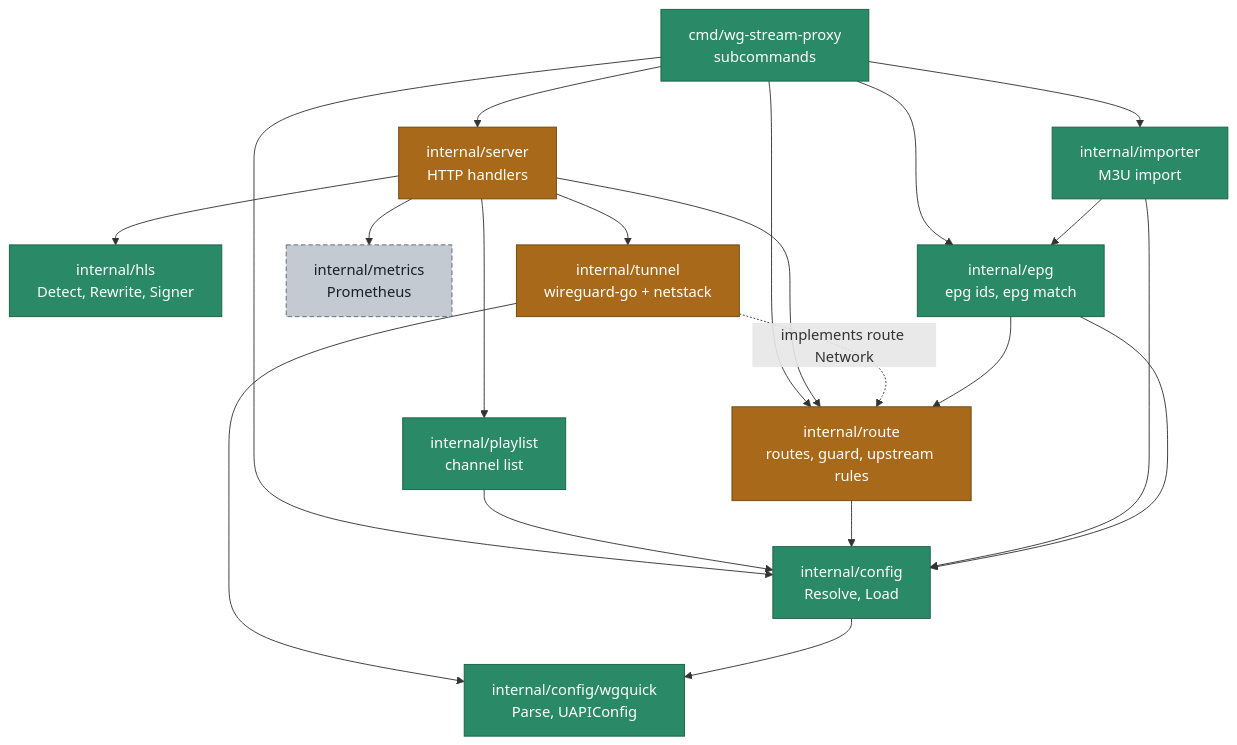
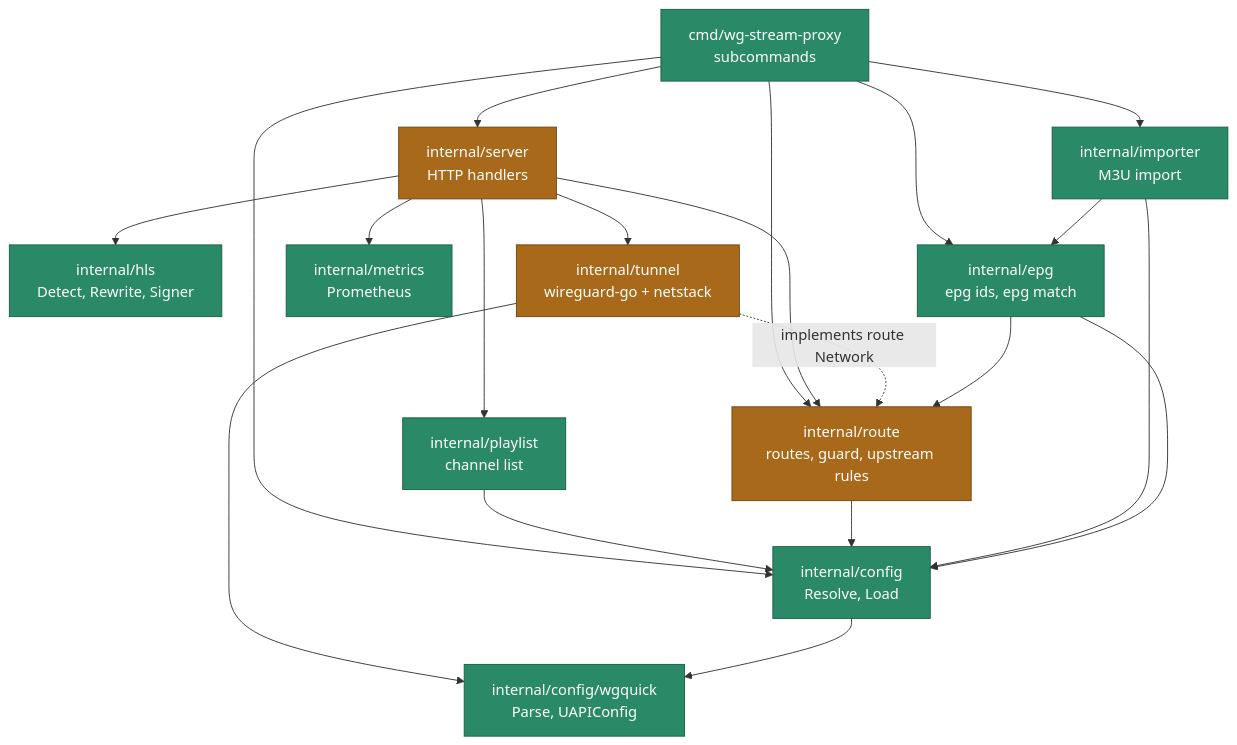
One commit to KingOfKalk/wg-stream-proxy changed the tenth of 13 diagrams in docs/architecture.md. Above: the diagram before and after it, drawn with Mermaid. The commit also changed other lines of this file and 11 other files, not shown here.

Commit message:
feat(metrics): expose Prometheus metrics (#53)

````diff
--- a/docs/architecture.md
+++ b/docs/architecture.md
@@ -441,28 +441,28 @@
 ```mermaid
 flowchart TD
     main["cmd/wg-stream-proxy<br/>subcommands"]:::done
     server["internal/server<br/>HTTP handlers"]:::wip
     playlist["internal/playlist<br/>channel list"]:::done
     hls["internal/hls<br/>Detect, Rewrite, Signer"]:::done
     route["internal/route<br/>routes, guard, upstream rules"]:::wip
     tunnel["internal/tunnel<br/>wireguard-go + netstack"]:::wip
     config["internal/config<br/>Resolve, Load"]:::done
     wgquick["internal/config/wgquick<br/>Parse, UAPIConfig"]:::done
-    metrics["internal/metrics<br/>Prometheus"]:::todo
+    metrics["internal/metrics<br/>Prometheus"]:::done
     importer["internal/importer<br/>M3U import"]:::done
     epg["internal/epg<br/>epg ids, epg match"]:::done
 
     main --> server & config & importer & epg & route
     server --> playlist & hls & route & tunnel & metrics
     playlist --> config
     route --> config
     tunnel -. "implements route Network" .-> route
     tunnel --> wgquick
     config --> wgquick
     importer --> config & epg
     epg --> config & route
 
     classDef done fill:#2a8a68,stroke:#1a5e46,color:#ffffff
     classDef wip fill:#a86a1a,stroke:#6e4511,color:#ffffff
     classDef todo fill:#c3cad2,stroke:#5b6670,color:#1b1f24,stroke-dasharray:5 3
 ```
````
